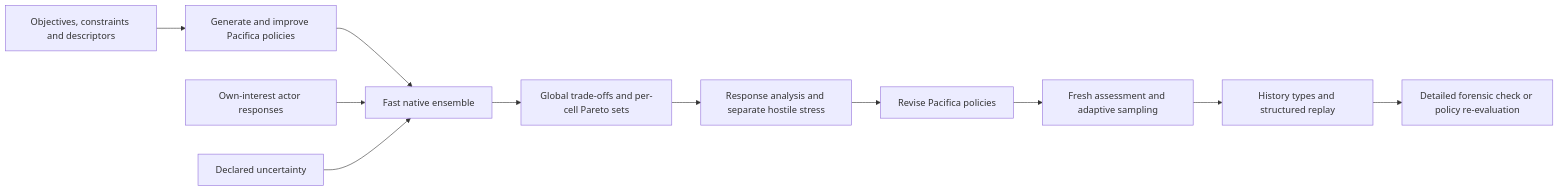
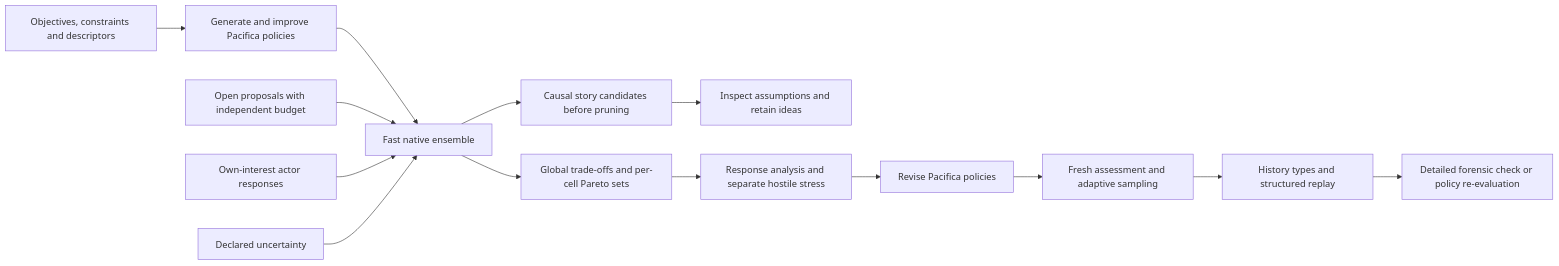
One commit to c-voelkle/pacifica changed the diagram in docs/timeline-lab/product-vision.md. Above: the diagram before and after it, drawn with Mermaid. The commit also changed other lines of this file and 7 other files, not shown here.

Commit message:
docs: specify Timeline Lab v0.8 plot discovery and implementation contracts

````diff
--- a/docs/timeline-lab/product-vision.md
+++ b/docs/timeline-lab/product-vision.md
@@ -171,13 +171,16 @@
 ```mermaid
 flowchart LR
     Goal["Objectives, constraints and descriptors"] --> Search["Generate and improve Pacifica policies"]
     Search --> Sim["Fast native ensemble"]
+    Open["Open proposals with independent budget"] --> Sim
+    Sim --> Candidates["Causal story candidates before pruning"]
+    Candidates --> Bookmarks["Inspect assumptions and retain ideas"]
     Actors["Own-interest actor responses"] --> Sim
     Worlds["Declared uncertainty"] --> Sim
     Sim --> Frontier["Global trade-offs and per-cell Pareto sets"]
     Frontier --> Response["Response analysis and separate hostile stress"]
     Response --> Revise["Revise Pacifica policies"]
     Revise --> Assess["Fresh assessment and adaptive sampling"]
     Assess --> Stories["History types and structured replay"]
     Stories --> Ledger["Detailed forensic check or policy re-evaluation"]
 ```
````
